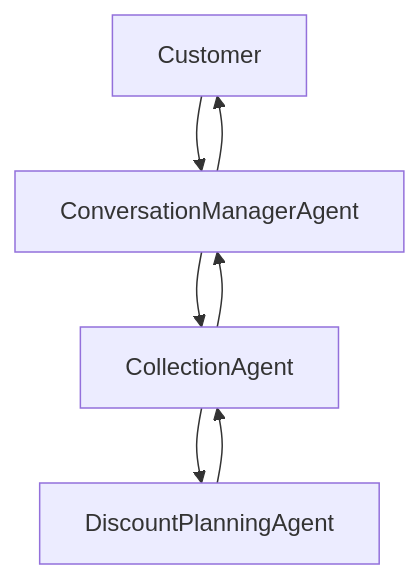
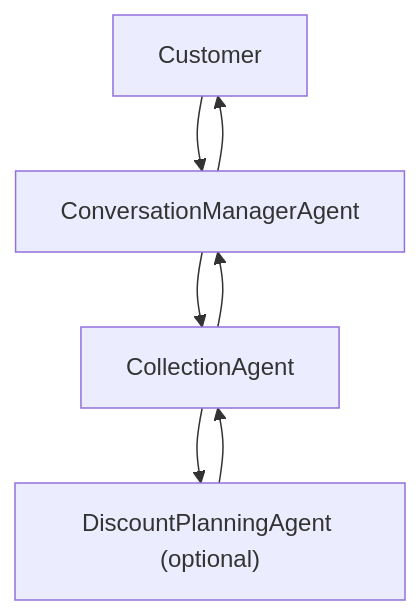
One commit to deep-saket/easy_agents changed the first of 2 diagrams in agents/collection_agent/conversation_manager/README.md. Above: the diagram before and after it, drawn with Mermaid. The commit also changed other lines of this file and 30 other files, not shown here.

````diff
--- a/agents/collection_agent/conversation_manager/README.md
+++ b/agents/collection_agent/conversation_manager/README.md
@@ -19,9 +231,9 @@
 ```mermaid
 flowchart TD
   C["Customer"] --> CM["ConversationManagerAgent"]
   CM --> CA["CollectionAgent"]
-  CA --> DP["DiscountPlanningAgent"]
+  CA --> DP["DiscountPlanningAgent (optional)"]
   DP --> CA
   CA --> CM
   CM --> C
 ```
````
